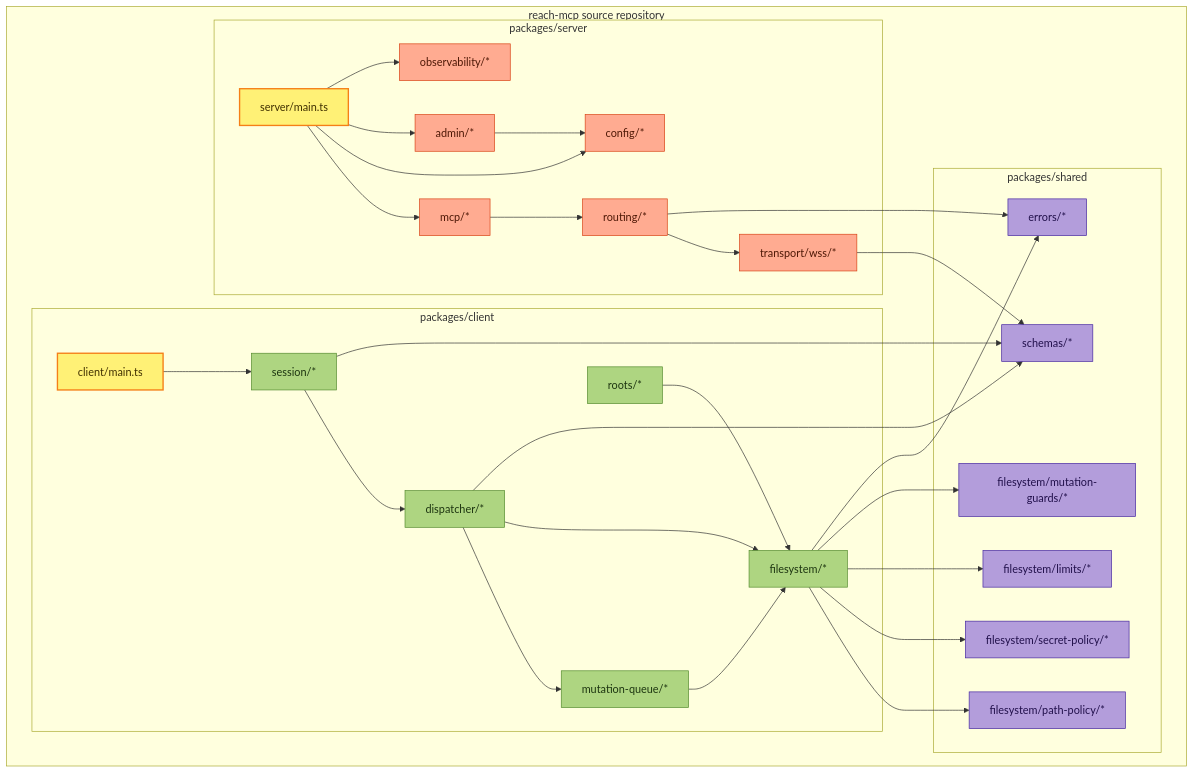
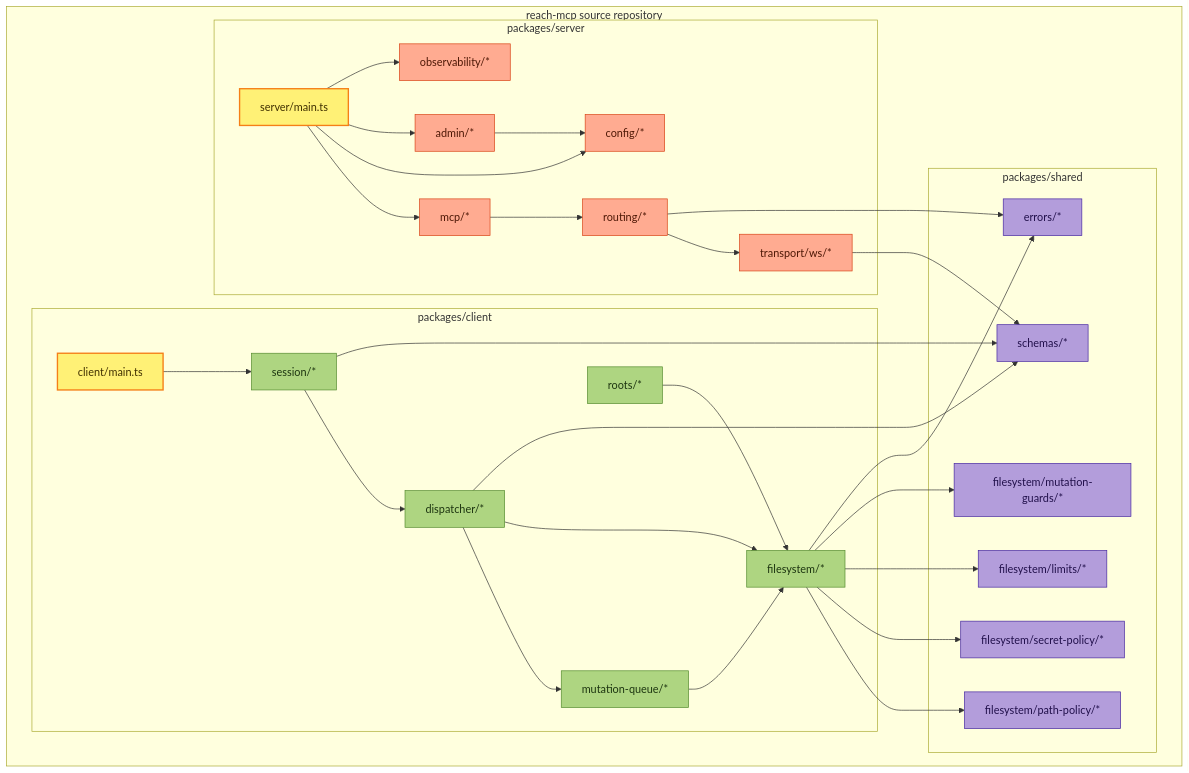
Before and after one commit to apinheiro99/reach-mcp: the fourth of 9 diagrams in docs/architecture.md, drawn with Mermaid. The commit also changed other lines of this file and 13 other files, not shown here.

````diff
--- a/docs/architecture.md
+++ b/docs/architecture.md
@@ -313,62 +313,62 @@
 ```mermaid
 flowchart TB
     subgraph SRC["reach-mcp source repository"]
         subgraph SERVER["packages/server"]
             ENTRY_S["server/main.ts"]
             MCP_S["mcp/*"]
             ROUTING_S["routing/*"]
             CONFIG_S["config/*"]
             ADMIN_S["admin/*"]
             OBS_S["observability/*"]
-            TRANS_S["transport/wss/*"]
+            TRANS_S["transport/ws/*"]
         end
 
         subgraph CLIENT["packages/client"]
             ENTRY_C["client/main.ts"]
             SESSION_C["session/*"]
             DISPATCH_C["dispatcher/*"]
             ROOTS_C["roots/*"]
             FS_C["filesystem/*"]
             QUEUE_C["mutation-queue/*"]
         end
 
         subgraph SHARED["packages/shared"]
             SCHEMAS["schemas/*"]
             PATHS["filesystem/path-policy/*"]
             SECRETS["filesystem/secret-policy/*"]
             LIMITS["filesystem/limits/*"]
             MUTATION["filesystem/mutation-guards/*"]
             ERRORS["errors/*"]
         end
     end
 
     ENTRY_S --> MCP_S --> ROUTING_S --> TRANS_S
     ENTRY_S --> CONFIG_S
     ENTRY_S --> ADMIN_S --> CONFIG_S
     ENTRY_S --> OBS_S
 
     ENTRY_C --> SESSION_C --> DISPATCH_C
     DISPATCH_C --> QUEUE_C --> FS_C
     DISPATCH_C --> FS_C
     ROOTS_C --> FS_C
 
     TRANS_S --> SCHEMAS
     SESSION_C --> SCHEMAS
     DISPATCH_C --> SCHEMAS
     FS_C --> PATHS
     FS_C --> SECRETS
     FS_C --> LIMITS
     FS_C --> MUTATION
     ROUTING_S --> ERRORS
     FS_C --> ERRORS
 
     classDef entry fill:#fff176,stroke:#f57f17,color:#403000,stroke-width:2px;
     classDef server fill:#ffab91,stroke:#d84315,color:#4e1806;
     classDef client fill:#aed581,stroke:#558b2f,color:#1d3510;
     classDef shared fill:#b39ddb,stroke:#4527a0,color:#21104b;
 
     class ENTRY_S,ENTRY_C entry;
     class MCP_S,ROUTING_S,CONFIG_S,ADMIN_S,OBS_S,TRANS_S server;
     class SESSION_C,DISPATCH_C,ROOTS_C,FS_C,QUEUE_C client;
     class SCHEMAS,PATHS,SECRETS,LIMITS,MUTATION,ERRORS shared;
 ```
````
